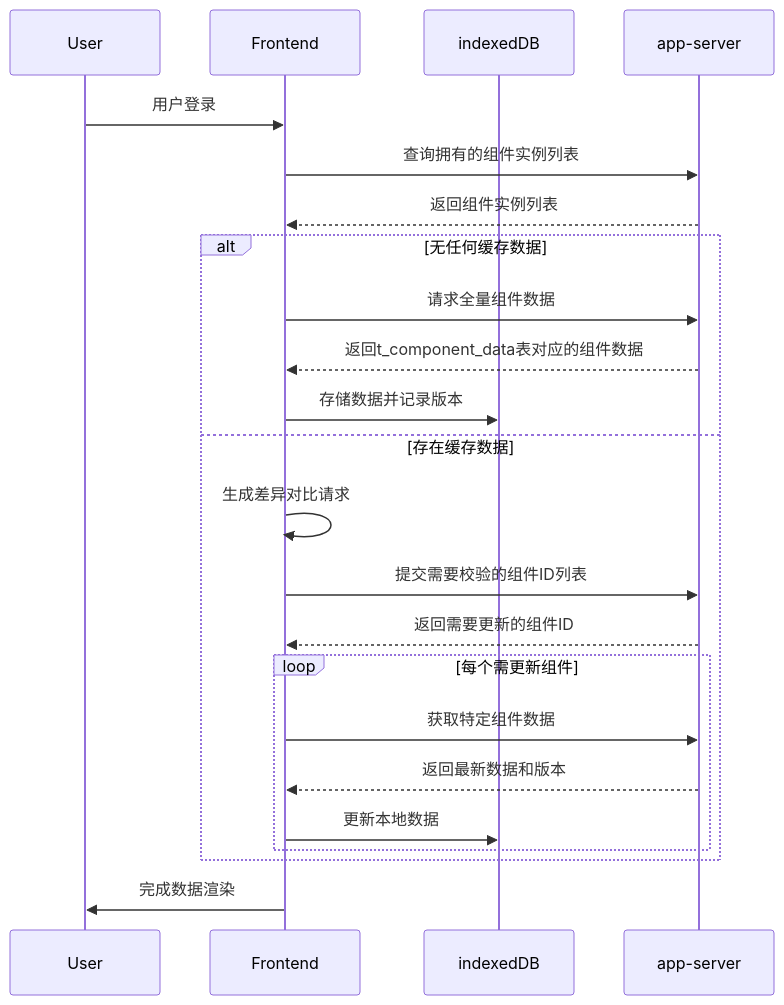
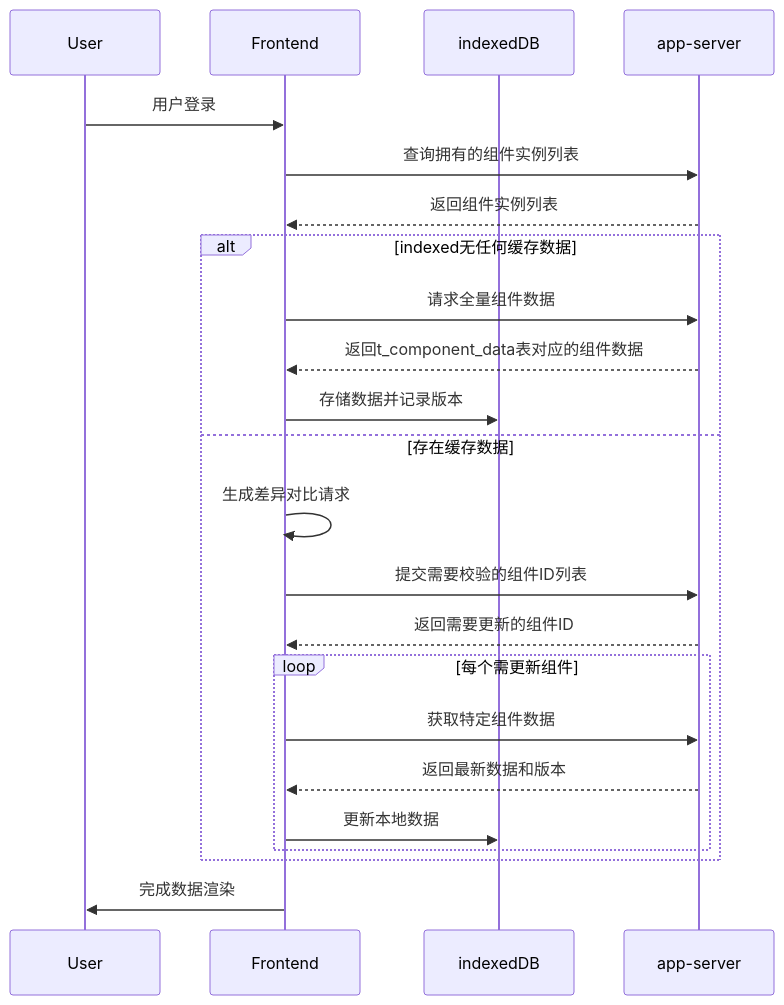
One commit to yingjianzh/iodraw-files changed the diagram in all/未命名-24.md. Above: the diagram before and after it, drawn with Mermaid.

Commit message:
2025-02-24 17:08:56 update

````diff
--- a/all/未命名-24.md
+++ b/all/未命名-24.md
@@ -1,27 +1,27 @@
 ```mermaid
 sequenceDiagram
     participant User
     participant Frontend
     participant indexedDB
     participant app-server
 
     User->>Frontend: 用户登录
     Frontend->>app-server: 查询拥有的组件实例列表
     app-server-->>Frontend: 返回组件实例列表
     
-    alt 无任何缓存数据
+    alt indexed无任何缓存数据
         Frontend->>app-server: 请求全量组件数据
         app-server-->>Frontend: 返回t_component_data表对应的组件数据
         Frontend->>indexedDB: 存储数据并记录版本
     else 存在缓存数据
         Frontend->>Frontend: 生成差异对比请求
         Frontend->>app-server: 提交需要校验的组件ID列表
         app-server-->>Frontend: 返回需要更新的组件ID
         loop 每个需更新组件
             Frontend->>app-server: 获取特定组件数据
             app-server-->>Frontend: 返回最新数据和版本
             Frontend->>indexedDB: 更新本地数据
         end
     end
     Frontend->>User: 完成数据渲染
 ```
````
